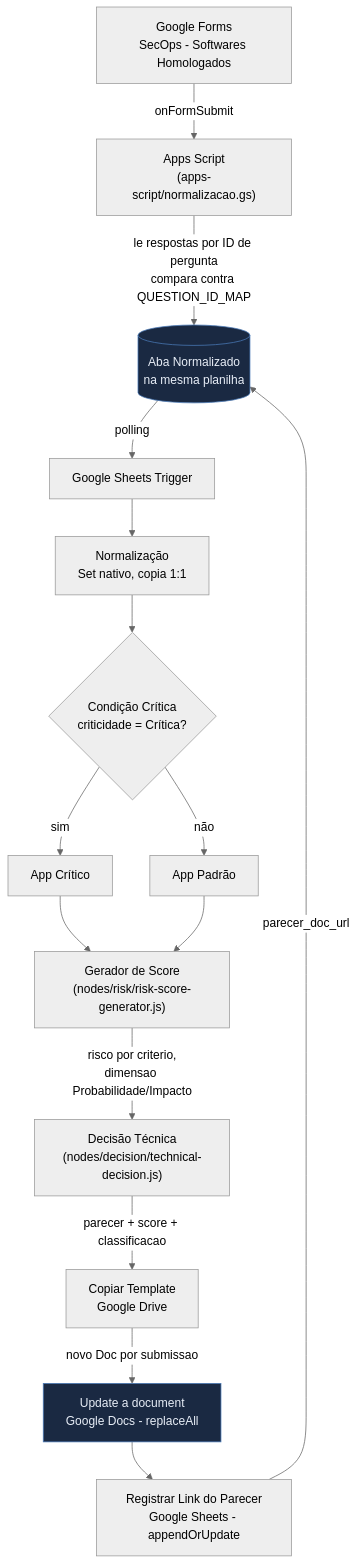
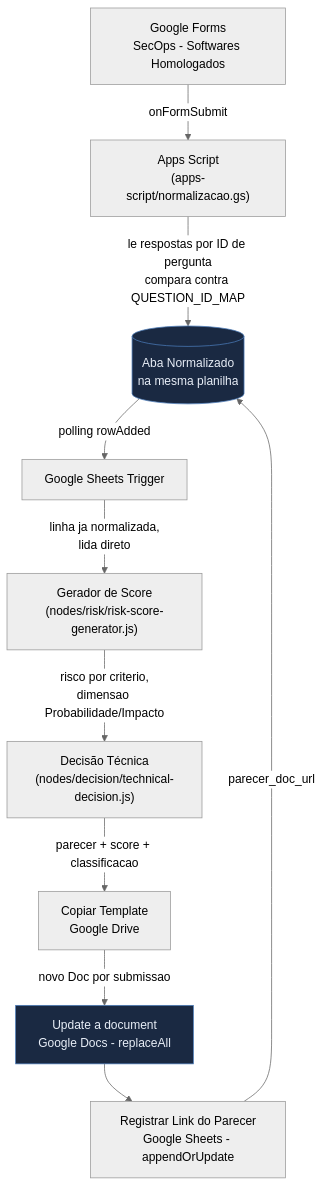
The diagram in docs/architecture.md (domcabral9/n8n-secops-automation), drawn with Mermaid (neutral theme) before and after one commit. The commit also changed other lines of this file and 4 other files, not shown here.

````diff
--- a/docs/architecture.md
+++ b/docs/architecture.md
@@ -9,21 +9,16 @@
 ```mermaid
 flowchart TD
     A[Google Forms<br/>SecOps - Softwares Homologados] -->|onFormSubmit| B["Apps Script<br/>(apps-script/normalizacao.gs)"]
     B -->|le respostas por ID de pergunta<br/>compara contra QUESTION_ID_MAP| C[(Aba Normalizado<br/>na mesma planilha)]
 
-    C -->|polling| D[Google Sheets Trigger]
-    D --> E[Normalização<br/>Set nativo, copia 1:1]
-    E --> F{Condição Crítica<br/>criticidade = Crítica?}
-    F -->|sim| G[App Crítico]
-    F -->|não| H[App Padrão]
-    G --> I["Gerador de Score<br/>(nodes/risk/risk-score-generator.js)"]
-    H --> I
+    C -->|polling rowAdded| D[Google Sheets Trigger]
+    D -->|linha ja normalizada,<br/>lida direto| I["Gerador de Score<br/>(nodes/risk/risk-score-generator.js)"]
     I -->|risco por criterio,<br/>dimensao Probabilidade/Impacto| J["Decisão Técnica<br/>(nodes/decision/technical-decision.js)"]
     J -->|parecer + score + classificacao| K[Copiar Template<br/>Google Drive]
     K -->|novo Doc por submissao| L[Update a document<br/>Google Docs - replaceAll]
     L --> M[Registrar Link do Parecer<br/>Google Sheets - appendOrUpdate]
     M -->|parecer_doc_url| C
 
     style C fill:#1a2942,stroke:#4a7ab8,color:#e8eef7
     style L fill:#1a2942,stroke:#4a7ab8,color:#e8eef7
 ```
````
